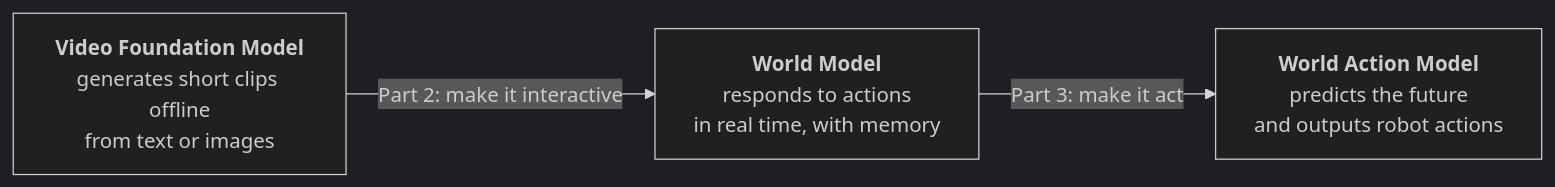
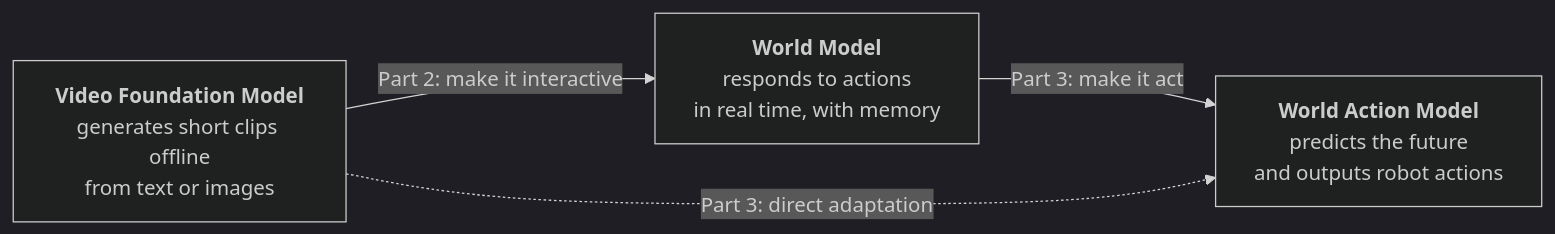
The diagram in README.md (WANGAndyYucheng/Awesome-Video-to-World-Action-Models), drawn with Mermaid (dark theme) before and after one commit.

Commit message:
Restore direct adaptation path in overview diagram

````diff
--- a/README.md
+++ b/README.md
@@ -15,8 +15,9 @@
 ```mermaid
 flowchart LR
     VFM["<b>Video Foundation Model</b><br/>generates short clips offline<br/>from text or images"]
     WM["<b>World Model</b><br/>responds to actions<br/>in real time, with memory"]
     WAM["<b>World Action Model</b><br/>predicts the future<br/>and outputs robot actions"]
     VFM -->|"Part 2: make it interactive"| WM
     WM -->|"Part 3: make it act"| WAM
+    VFM -.->|"Part 3: direct adaptation"| WAM
 ```
````
